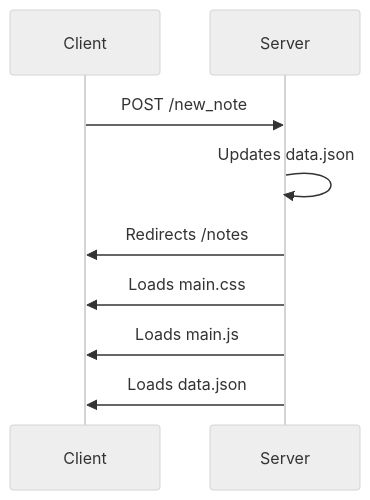
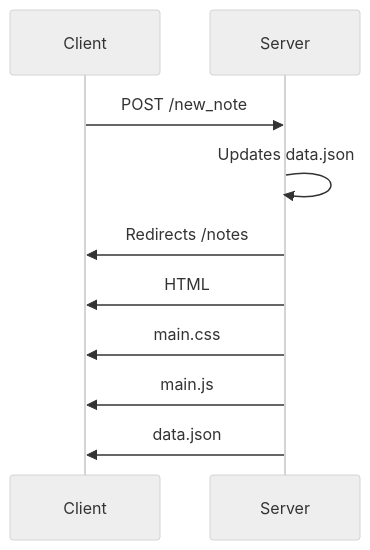
One commit to MaruDeHabanero/fullstackopen_maru changed the diagram in part0/newNoteDiagram.md. Above: the diagram before and after it, drawn with Mermaid (neutral theme).

Commit message:
newNoteDiagram

````diff
--- a/part0/newNoteDiagram.md
+++ b/part0/newNoteDiagram.md
@@ -1,9 +1,10 @@
 ```mermaid
 sequenceDiagram
   Client->>Server: POST /new_note
   Server->>Server: Updates data.json
   Server->>Client: Redirects /notes
-  Server->>Client: Loads main.css
-  Server->>Client: Loads main.js
-  Server->>Client: Loads data.json
+  Server->>Client: HTML
+  Server->>Client: main.css
+  Server->>Client: main.js
+  Server->>Client: data.json
 ```
````
